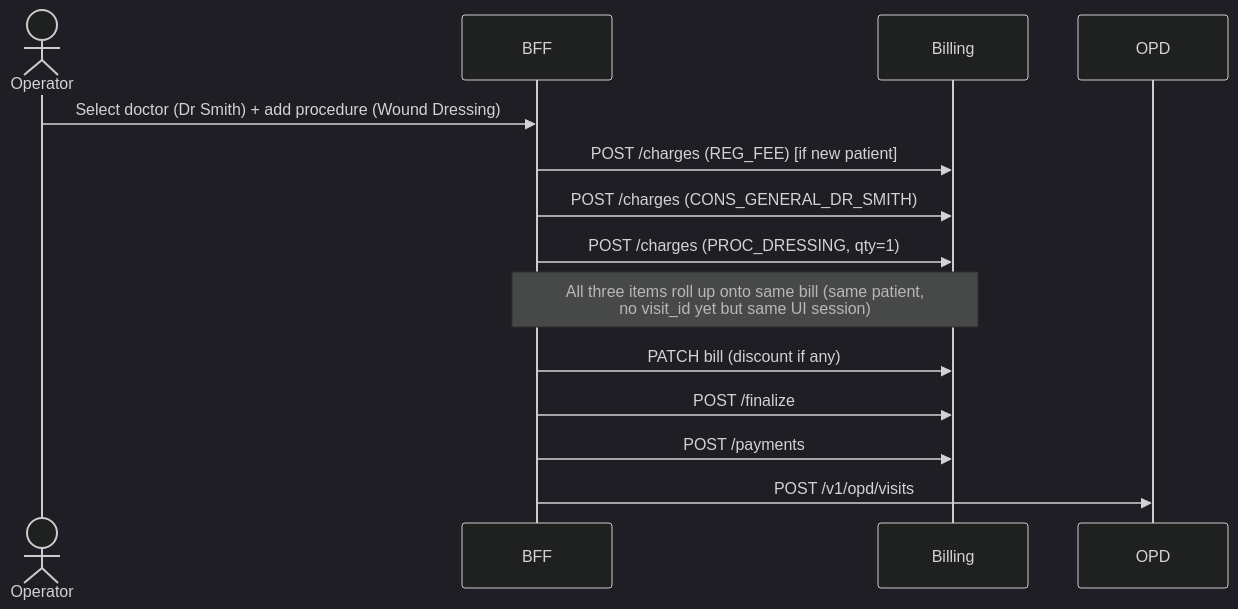
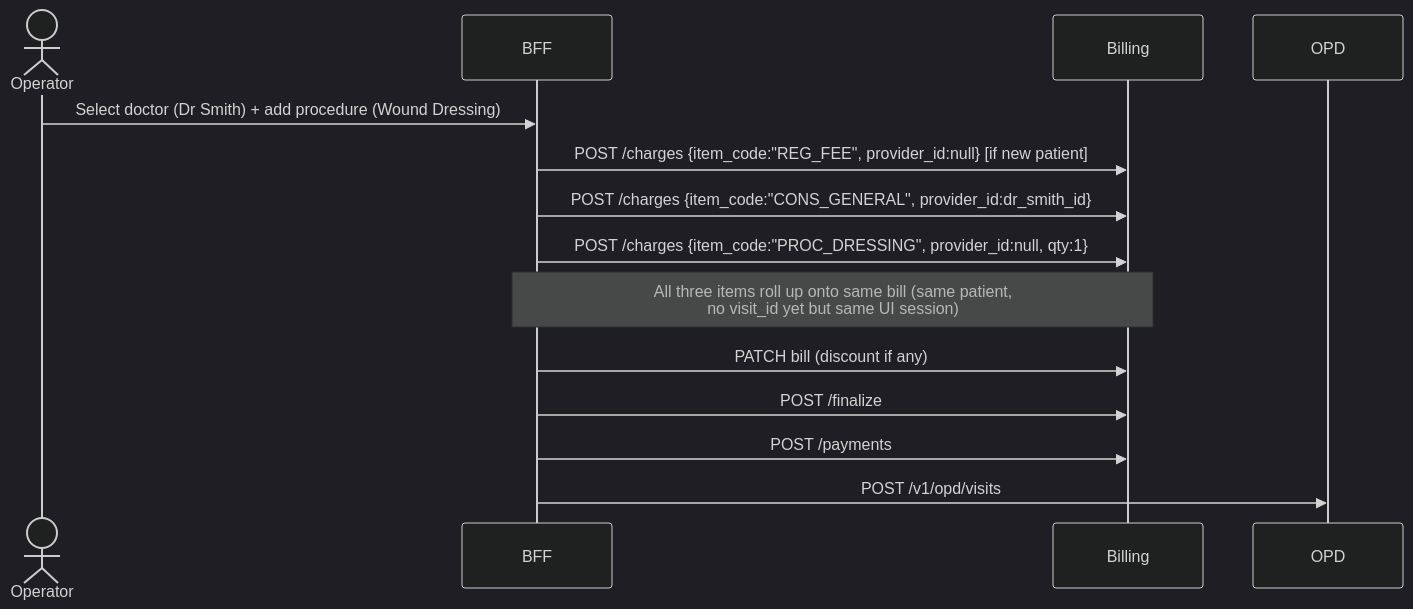
The fourth of 7 diagrams in docs/architecture/lld/billing/02-scenarios.md (IQ-Line/HospitalSaarthi), drawn with Mermaid (dark theme) before and after one commit. The commit also changed other lines of this file and 7 other files, not shown here.

First line of the commit message:
docs(billing): trim Phase 1 columns + add provider_id to service_master

````diff
--- a/docs/architecture/lld/billing/02-scenarios.md
+++ b/docs/architecture/lld/billing/02-scenarios.md
@@ -173,16 +173,16 @@
 ```mermaid
 sequenceDiagram
     actor Operator
     participant BFF
     participant Billing
 
     Operator->>BFF: Select doctor (Dr Smith) + add procedure (Wound Dressing)
-    BFF->>Billing: POST /charges (REG_FEE)  [if new patient]
-    BFF->>Billing: POST /charges (CONS_GENERAL_DR_SMITH)
-    BFF->>Billing: POST /charges (PROC_DRESSING, qty=1)
+    BFF->>Billing: POST /charges {item_code:"REG_FEE", provider_id:null}  [if new patient]
+    BFF->>Billing: POST /charges {item_code:"CONS_GENERAL", provider_id:dr_smith_id}
+    BFF->>Billing: POST /charges {item_code:"PROC_DRESSING", provider_id:null, qty:1}
     Note over BFF,Billing: All three items roll up onto same bill (same patient,<br/>no visit_id yet but same UI session)
     BFF->>Billing: PATCH bill (discount if any)
     BFF->>Billing: POST /finalize
     BFF->>Billing: POST /payments
     BFF->>OPD: POST /v1/opd/visits
 ```
````
